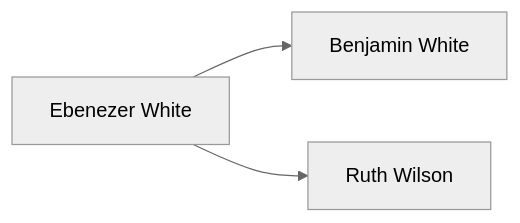
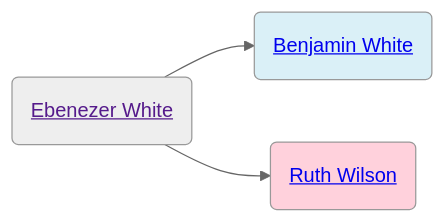
Before and after one commit to neelsmith/avocational: the first of 2 diagrams in familyhistory/sources/people/Merrill-line/White-line/Ebenezer_White.qmd, drawn with Mermaid (neutral theme). The commit also changed other lines of this file and 71 other files, not shown here.

````diff
--- a/familyhistory/sources/people/Merrill-line/White-line/Ebenezer_White.qmd
+++ b/familyhistory/sources/people/Merrill-line/White-line/Ebenezer_White.qmd
@@ -28,5 +28,11 @@
 ```{mermaid}
 graph LR
-Ebenezer_White[Ebenezer White] -->  Benjamin_White[Benjamin White]
-Ebenezer_White[Ebenezer White]  --> Ruth_Wilson[Ruth Wilson]
+Ebenezer_White(<a href=''>Ebenezer White</>) -->  Benjamin_White(<a href='./Benjamin_White.html'>Benjamin White</>)
+class Benjamin_White father
+Ebenezer_White(<a href=''>Ebenezer White</>)  --> Ruth_Wilson(<a href='./Wilson-line/Ruth_Wilson.html'>Ruth Wilson</>)
+class Ruth_Wilson mother
+classDef mother fill:#ffd1dc
+classDef father fill:#daf0f7  
+classDef marriage fill:#ffffff
+
 ```
````
